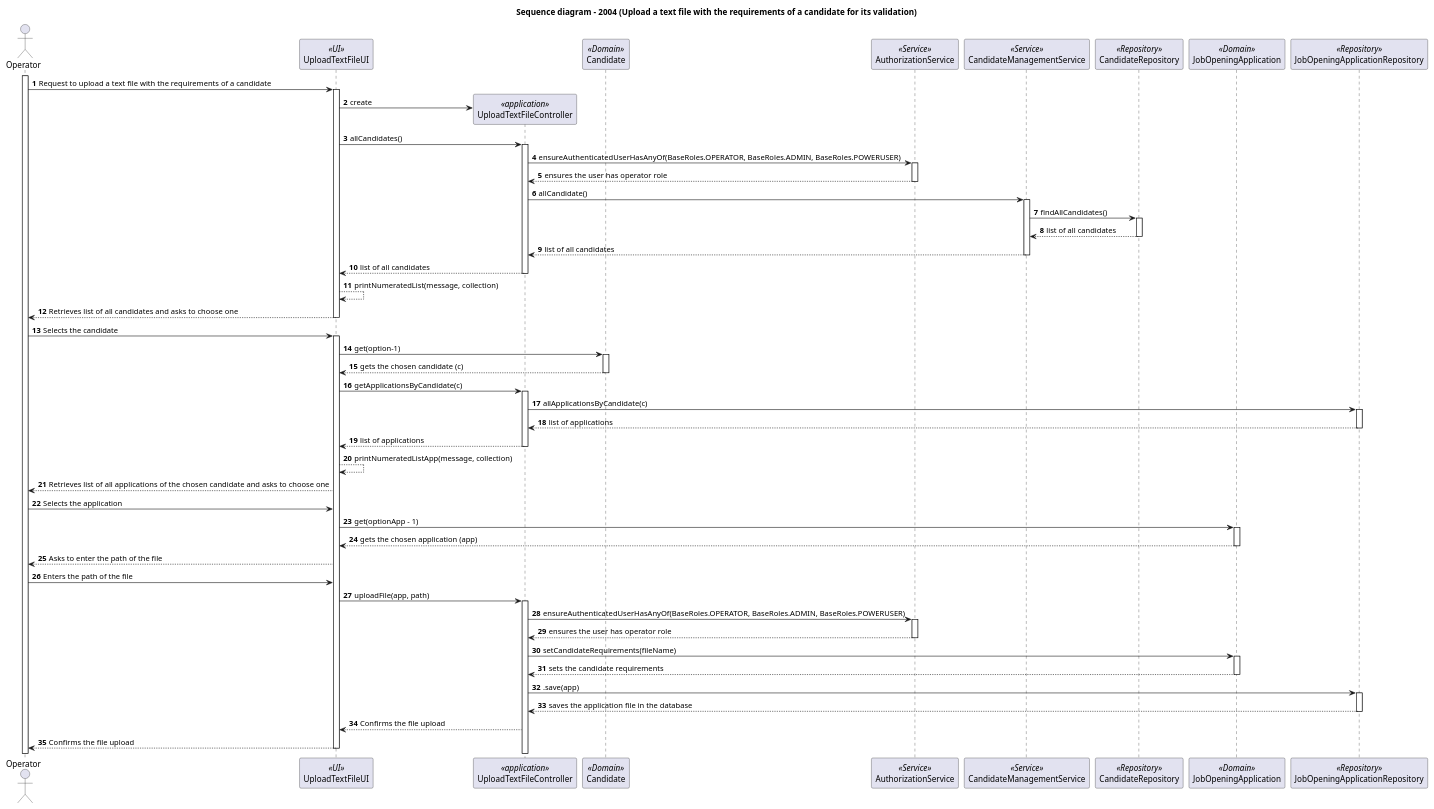
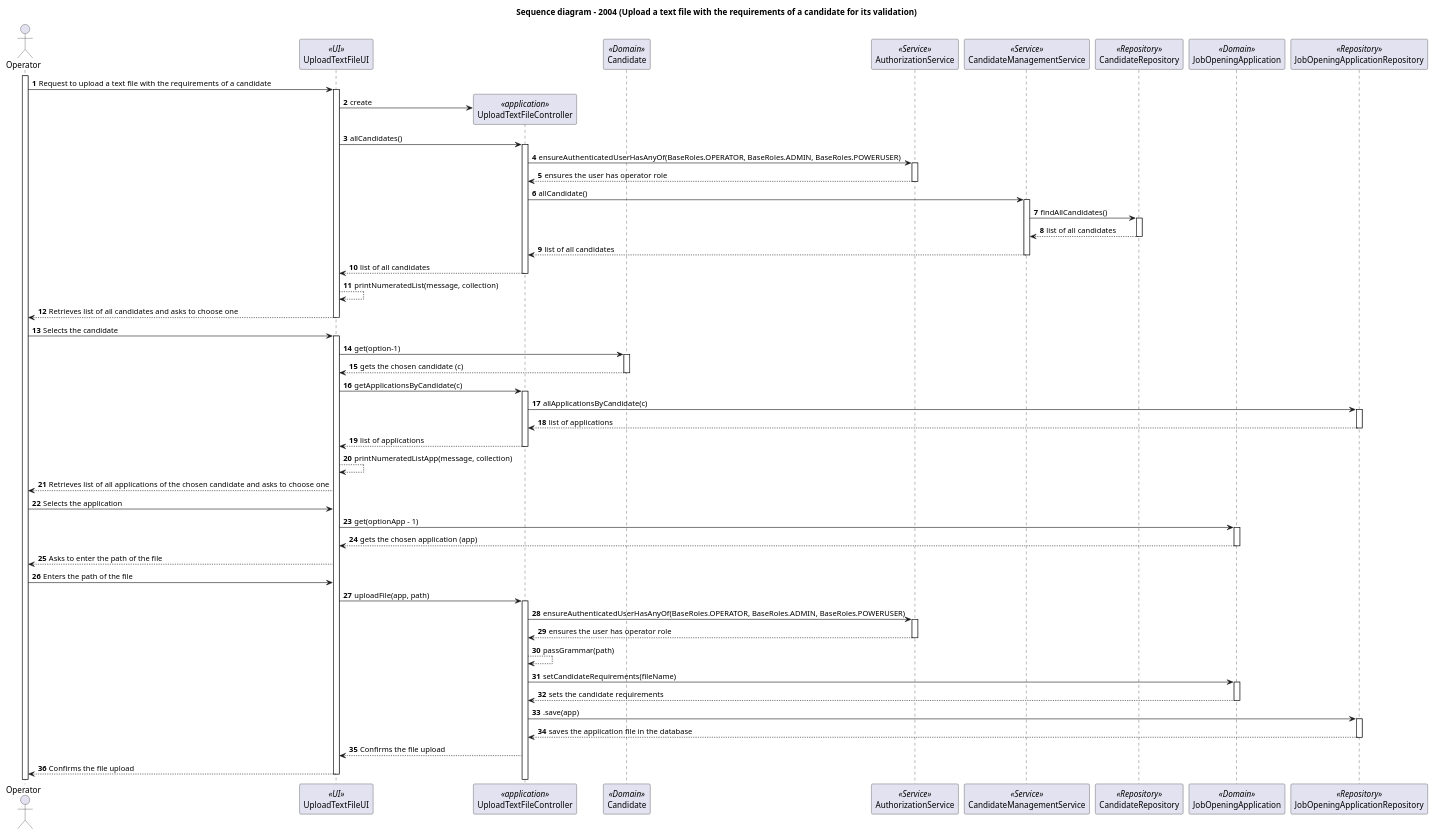
The diagram in docs/sprintC/2004/puml/2004-sequence-diagram.puml (marcoferreira37/Lapr4), drawn with PlantUML before and after one commit.

Commit message:
#48 change in sequence diagram for upcoming changes in code

```diff
--- a/docs/sprintC/2004/puml/2004-sequence-diagram.puml
+++ b/docs/sprintC/2004/puml/2004-sequence-diagram.puml
@@ -1,78 +1,79 @@
 @startuml
 autonumber
 
 title "Sequence diagram - 2004 (Upload a text file with the requirements of a candidate for its validation)"
 actor Operator as Operator
 participant UploadTextFileUI as UI <<UI>>
 participant "UploadTextFileController" as CTRL <<application>>
 participant "Candidate" as C <<Domain>>
 participant "AuthorizationService" as AS <<Service>>
 participant "CandidateManagementService" as CMS <<Service>>
 participant "CandidateRepository" as CREPO <<Repository>>
 participant "JobOpeningApplication" as JOA <<Domain>>
 participant "JobOpeningApplicationRepository" as JOREPO <<Repository>>
 activate Operator
 Operator -> UI: Request to upload a text file with the requirements of a candidate
 activate UI
 UI-> CTRL**: create
 UI->CTRL:allCandidates()
 activate CTRL
 CTRL->AS:ensureAuthenticatedUserHasAnyOf(BaseRoles.OPERATOR, BaseRoles.ADMIN, BaseRoles.POWERUSER)
 activate AS
 AS--> CTRL: ensures the user has operator role
 deactivate AS
 CTRL->CMS:allCandidate()
 activate CMS
 CMS-> CREPO:findAllCandidates()
 activate CREPO
 CREPO--> CMS:list of all candidates
 deactivate CREPO
 CMS-->CTRL : list of all candidates
 deactivate CMS
 CTRL--> UI: list of all candidates
 deactivate CTRL
 UI-->UI:printNumeratedList(message, collection)
 UI --> Operator: Retrieves list of all candidates and asks to choose one
 deactivate UI
 Operator -> UI: Selects the candidate
 activate UI
 UI->C: get(option-1)
 activate C
 C--> UI: gets the chosen candidate (c)
 deactivate C
 UI->CTRL:getApplicationsByCandidate(c)
 activate CTRL
 CTRL-> JOREPO: allApplicationsByCandidate(c)
 activate JOREPO
 JOREPO-->CTRL: list of applications
 deactivate JOREPO
 CTRL--> UI: list of applications
 deactivate CTRL
 UI-->UI:printNumeratedListApp(message, collection)
 UI--> Operator: Retrieves list of all applications of the chosen candidate and asks to choose one
 Operator->UI: Selects the application
 UI-> JOA: get(optionApp - 1)
 activate JOA
 JOA --> UI: gets the chosen application (app)
 deactivate JOA
 UI-->Operator: Asks to enter the path of the file
 Operator-> UI: Enters the path of the file
 UI->CTRL:uploadFile(app, path)
 activate CTRL
 CTRL->AS : ensureAuthenticatedUserHasAnyOf(BaseRoles.OPERATOR, BaseRoles.ADMIN, BaseRoles.POWERUSER)
 activate AS
 AS-->CTRL: ensures the user has operator role
 deactivate AS
+CTRL-->CTRL:passGrammar(path)
 CTRL-> JOA:setCandidateRequirements(fileName)
 activate JOA
 JOA-->CTRL: sets the candidate requirements
 deactivate JOA
 CTRL-> JOREPO:.save(app)
 activate JOREPO
 JOREPO-->CTRL: saves the application file in the database
 deactivate JOREPO
 CTRL-->UI : Confirms the file upload
 UI --> Operator: Confirms the file upload
 deactivate UI
 
 @enduml
```
